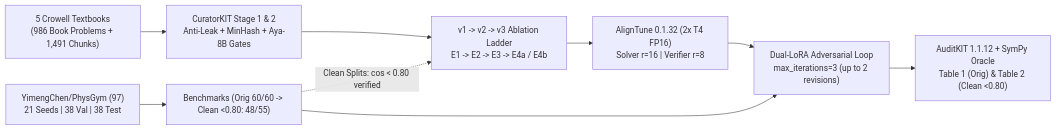
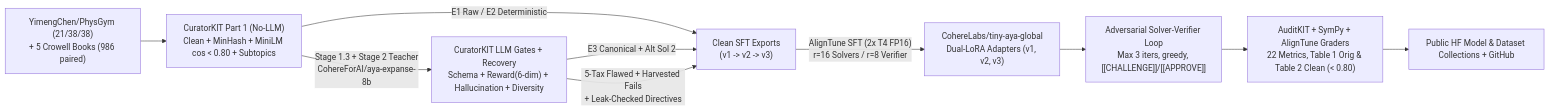
Before and after one commit to Vital-ar/adversarial_physics_problems_solver: the diagram in README.md, drawn with Mermaid. The commit also changed other lines of this file and 1 other file, not shown here.

````diff
--- a/README.md
+++ b/README.md
@@ -27,11 +71,12 @@
 ```mermaid
 flowchart LR
-    PG["YimengChen/PhysGym (97)<br/>21 Seeds | 38 Val | 38 Test"] --> SPL["Benchmarks (Orig 60/60 -> Clean <0.80: 48/55)"]
-    BK["5 Crowell Textbooks<br/>(986 Book Problems + 1,491 Chunks)"] --> CK["CuratorKIT Stage 1 & 2<br/>Anti-Leak + MinHash + Aya-8B Gates"]
-    CK --> SFT["v1 -> v2 -> v3 Ablation Ladder<br/>E1 -> E2 -> E3 -> E4a / E4b"]
-    SPL -.->|"Clean Splits: cos < 0.80 verified"| SFT
-    SFT --> AT["AlignTune 0.1.32 (2x T4 FP16)<br/>Solver r=16 | Verifier r=8"]
-    AT --> LOOP["Dual-LoRA Adversarial Loop<br/>max_iterations=3 (up to 2 revisions)"]
-    SPL --> LOOP
-    LOOP --> AK["AuditKIT 1.1.12 + SymPy Oracle<br/>Table 1 (Orig) & Table 2 (Clean <0.80)"]
+    RAW["YimengChen/PhysGym (21/38/38)<br/>+ 5 Crowell Books (986 paired)"] --> CK1["CuratorKIT Part 1 (No-LLM)<br/>Clean + MinHash + MiniLM cos < 0.80 + Subtopics"]
+    CK1 -->|"E1 Raw / E2 Deterministic"| EXP["Clean SFT Exports<br/>(v1 -> v2 -> v3)"]
+    CK1 -->|"Stage 1.3 + Stage 2 Teacher<br/>CohereForAI/aya-expanse-8b"| CK2["CuratorKIT LLM Gates + Recovery<br/>Schema + Reward(6-dim) + Hallucination + Diversity"]
+    CK2 -->|"E3 Canonical + Alt Sol 2"| EXP
+    CK2 -->|"5-Tax Flawed + Harvested Fails<br/>+ Leak-Checked Directives"| EXP
+    EXP -->|"AlignTune SFT (2x T4 FP16)<br/>r=16 Solvers / r=8 Verifier"| LORA["CohereLabs/tiny-aya-global<br/>Dual-LoRA Adapters (v1, v2, v3)"]
+    LORA --> LOOP["Adversarial Solver-Verifier Loop<br/>Max 3 iters, greedy, [[CHALLENGE]]/[[APPROVE]]"]
+    LOOP --> AUD["AuditKIT + SymPy + AlignTune Graders<br/>22 Metrics, Table 1 Orig & Table 2 Clean (< 0.80)"]
+    AUD --> HF["Public HF Model & Dataset Collections + GitHub"]
 ```
````
